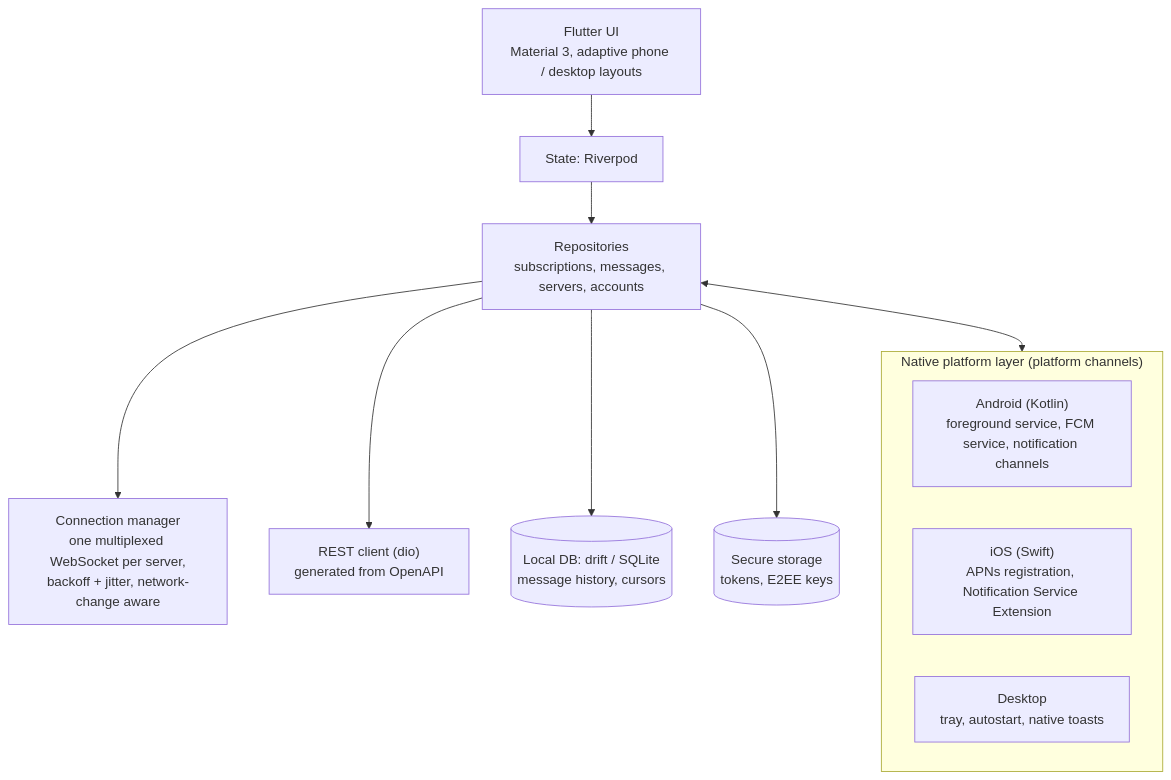
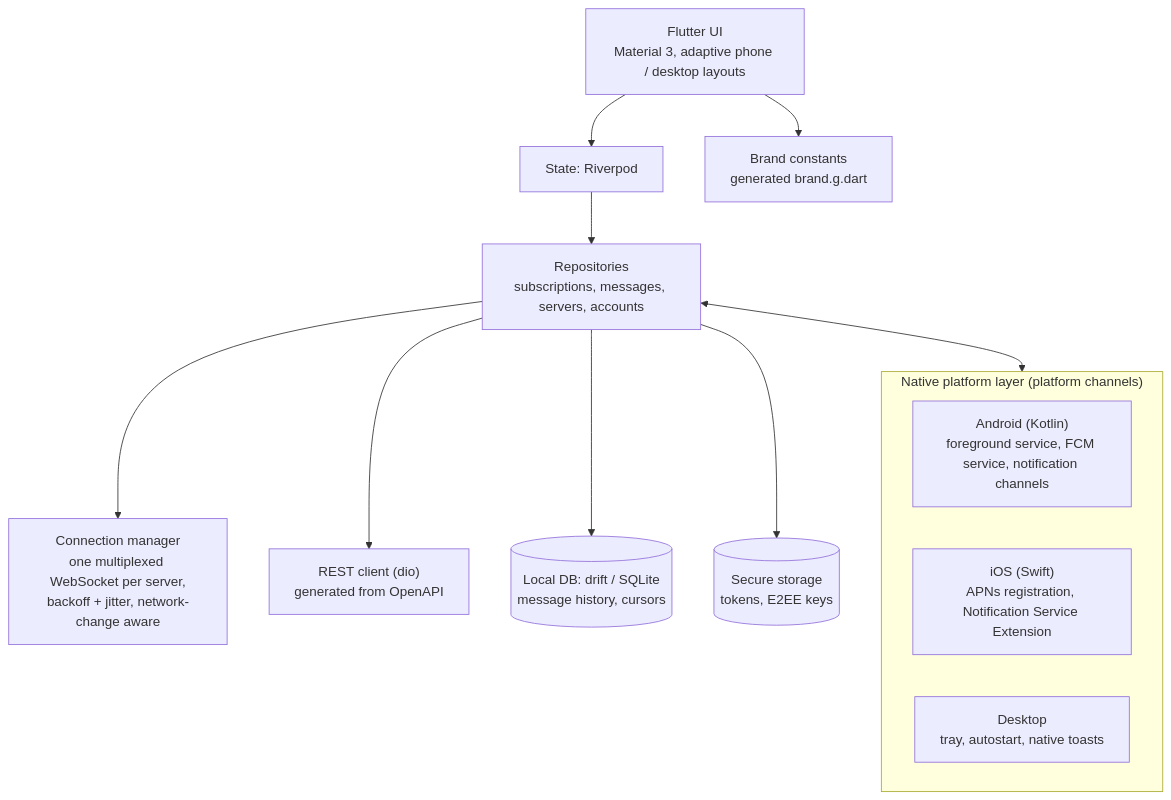
The fifth of 6 diagrams in docs/ARCHITECTURE.md (vignesh-ramsh/flare), drawn with Mermaid before and after one commit. The commit also changed other lines of this file and 1 other file, not shown here.

````diff
--- a/docs/ARCHITECTURE.md
+++ b/docs/ARCHITECTURE.md
@@ -481,23 +514,25 @@
 ```mermaid
 flowchart TB
   UI["Flutter UI<br/>Material 3, adaptive phone / desktop layouts"]
   STATE["State: Riverpod"]
   REPO["Repositories<br/>subscriptions, messages, servers, accounts"]
   CONN["Connection manager<br/>one multiplexed WebSocket per server,<br/>backoff + jitter, network-change aware"]
   REST["REST client (dio)<br/>generated from OpenAPI"]
   LDB[("Local DB: drift / SQLite<br/>message history, cursors")]
   SEC[("Secure storage<br/>tokens, E2EE keys")]
+  BRAND["Brand constants<br/>generated brand.g.dart"]
 
   subgraph Native["Native platform layer (platform channels)"]
     ANDN["Android (Kotlin)<br/>foreground service, FCM service, notification channels"]
     IOSN["iOS (Swift)<br/>APNs registration, Notification Service Extension"]
     DESKN["Desktop<br/>tray, autostart, native toasts"]
   end
 
   UI --> STATE --> REPO
+  UI --> BRAND
   REPO --> CONN
   REPO --> REST
   REPO --> LDB
   REPO --> SEC
   REPO <--> Native
 ```
````
